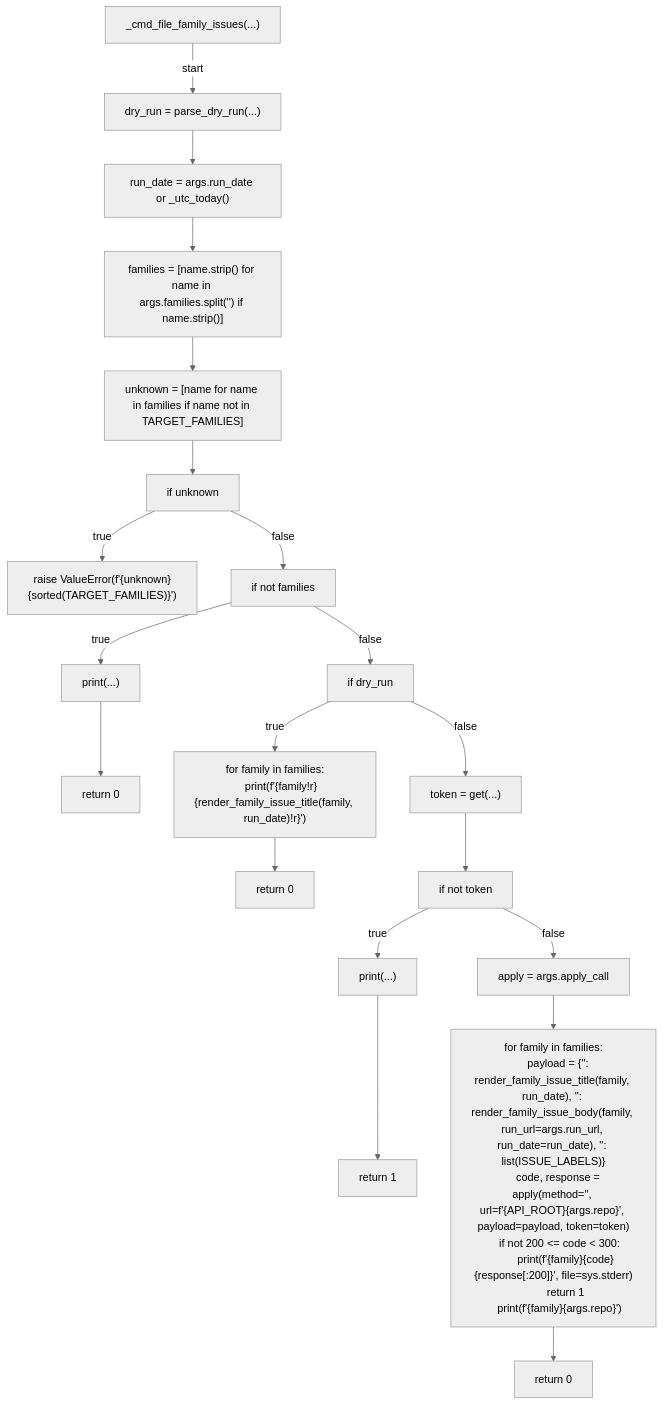
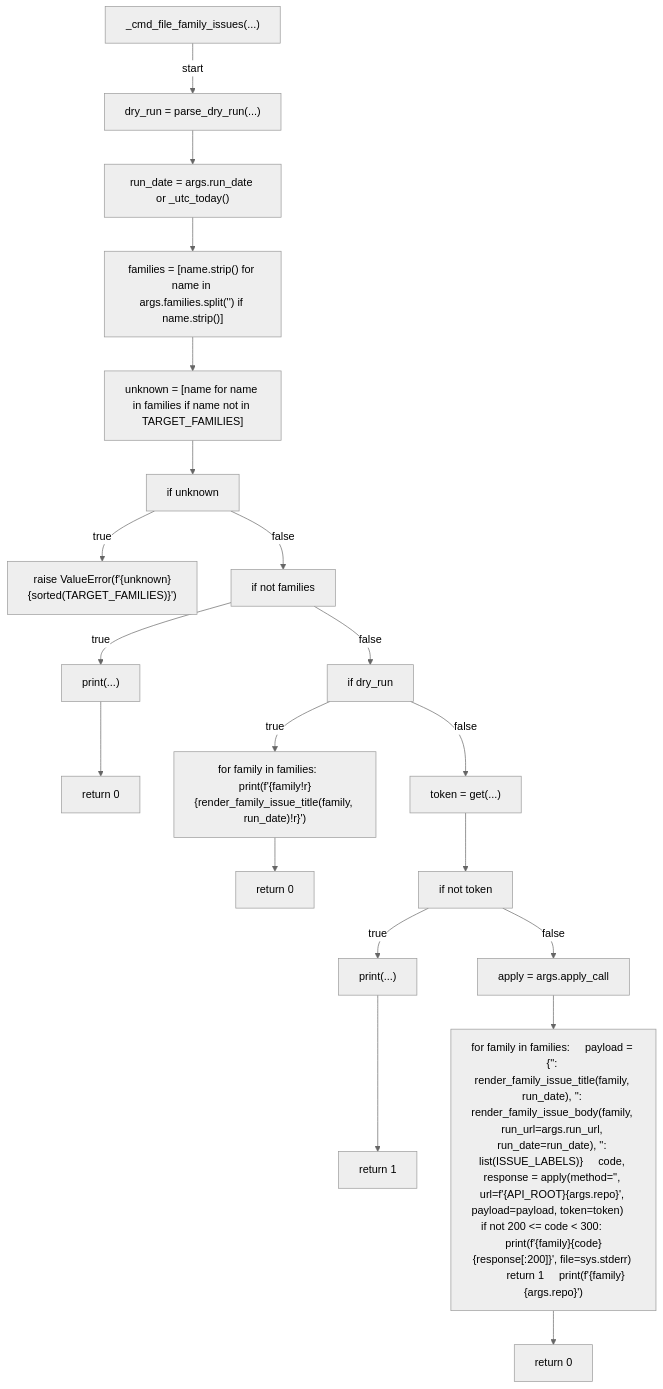
Before and after one commit to tvna/claude-md: diagram 27 of 30 in docs/generated/scripts/ast/security_drift_report.md, drawn with Mermaid (neutral theme). The commit also changed other lines of this file and 23 other files, not shown here.

First line of the commit message:
docs(generated): regenerate decision tree and workflow diagrams (batch 4/5)

````diff
--- a/docs/generated/scripts/ast/security_drift_report.md
+++ b/docs/generated/scripts/ast/security_drift_report.md
@@ -410,49 +397,42 @@
 ```mermaid
 flowchart TD
     N001["_cmd_file_family_issues(...)"]
     N002["dry_run = parse_dry_run(...)"]
     N003["run_date = args.run_date or _utc_today()"]
     N004["families = [name.strip() for name in args.families.split('<str>') if name.strip()]"]
     N005["unknown = [name for name in families if name not in TARGET_FAMILIES]"]
     N006["if unknown"]
     N007["raise ValueError(f'<str>{unknown}<str>{sorted(TARGET_FAMILIES)}')"]
     N008["if not families"]
     N009["print(...)"]
     N010["return 0"]
     N011["if dry_run"]
-    N012["for family in families:
-    print(f'<str>{family!r}<str>{render_family_issue_title(family, run_date)!r}')"]
+    N012["for family in families:     print(f'<str>{family!r}<str>{render_family_issue_title(family, run_date)!r}')"]
     N013["return 0"]
     N014["token = get(...)"]
     N015["if not token"]
     N016["print(...)"]
     N017["return 1"]
     N018["apply = args.apply_call"]
-    N019["for family in families:
-    payload = {'<str>': render_family_issue_title(family, run_date), '<str>': render_family_issue_body(family, run_url=args.run_url, run_date=run_date), '<str>': list(ISSUE_LABELS)}
-    code, response = apply(method='<str>', url=f'{API_ROOT}<str>{args.repo}<str>', payload=payload, token=token)
-    if not 200 <= code < 300:
-        print(f'<str>{family}<str>{code}<str>{response[:200]}', file=sys.stderr)
-        return 1
-    print(f'<str>{family}<str>{args.repo}<str>')"]
+    N019["for family in families:     payload = {'<str>': render_family_issue_title(family, run_date), '<str>': render_family_issue_body(family, run_url=args.run_url, run_date=run_date), '<str>': list(ISSUE_LABELS)}     code, response = apply(method='<str>', url=f'{API_ROOT}<str>{args.repo}<str>', payload=payload, token=token)     if not 200 <= code < 300:         print(f'<str>{family}<str>{code}<str>{response[:200]}', file=sys.stderr)         return 1     print(f'<str>{family}<str>{args.repo}<str>')"]
     N020["return 0"]
     N001 -->|"start"| N002
     N002 --> N003
     N003 --> N004
     N004 --> N005
     N005 --> N006
     N006 -->|"true"| N007
     N006 -->|"false"| N008
     N008 -->|"true"| N009
     N009 --> N010
     N008 -->|"false"| N011
     N011 -->|"true"| N012
     N012 --> N013
     N011 -->|"false"| N014
     N014 --> N015
     N015 -->|"true"| N016
     N016 --> N017
     N015 -->|"false"| N018
     N018 --> N019
     N019 --> N020
 ```
````
